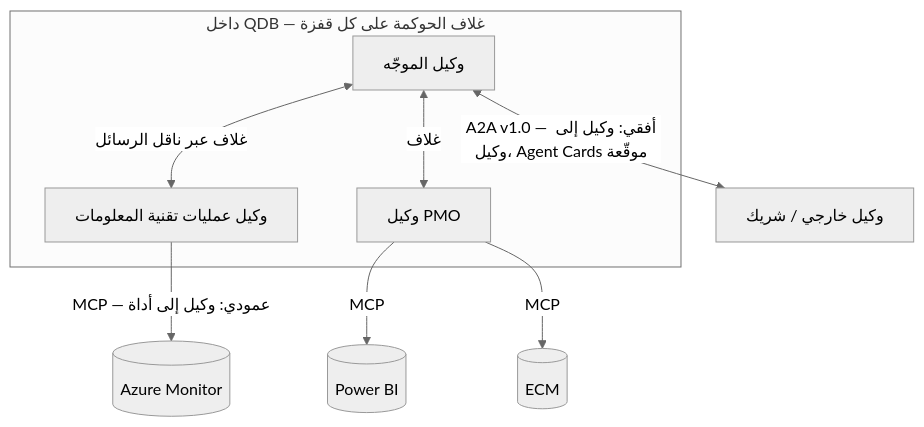
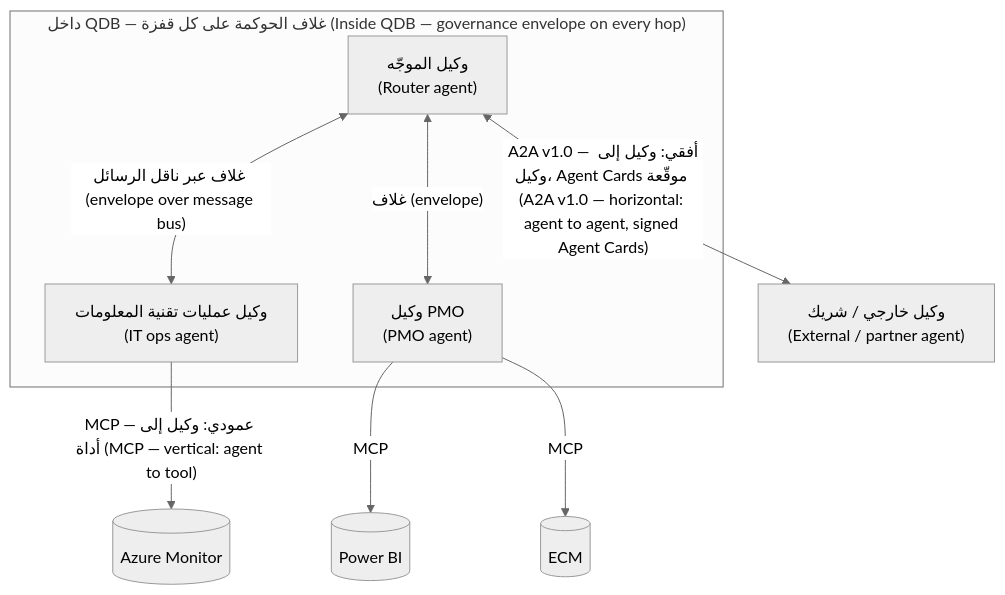
Before and after one commit to Tamoura/AI-agents: the fifth of 10 diagrams in qdb-agent-framework/docs/LEARNING-PATH.ar.md, drawn with Mermaid (neutral theme). The commit also changed other lines of this file and 3 other files, not shown here.

First line of the commit message:
Arabic docs: English on every diagram label; rebuild Arabic HTML

````diff
--- a/qdb-agent-framework/docs/LEARNING-PATH.ar.md
+++ b/qdb-agent-framework/docs/LEARNING-PATH.ar.md
@@ -373,11 +373,11 @@
 ```mermaid
 flowchart TB
-    subgraph QDB["داخل QDB — غلاف الحوكمة على كل قفزة"]
-        R["وكيل الموجّه"] <-->|"غلاف عبر ناقل الرسائل"| IT["وكيل عمليات تقنية المعلومات"]
-        R <-->|"غلاف"| PMO["وكيل PMO"]
+    subgraph QDB["داخل QDB — غلاف الحوكمة على كل قفزة (Inside QDB — governance envelope on every hop)"]
+        R["وكيل الموجّه<br/>(Router agent)"] <-->|"غلاف عبر ناقل الرسائل (envelope over message bus)"| IT["وكيل عمليات تقنية المعلومات<br/>(IT ops agent)"]
+        R <-->|"غلاف (envelope)"| PMO["وكيل PMO<br/>(PMO agent)"]
     end
-    IT -->|"MCP — عمودي: وكيل إلى أداة"| T1[("Azure Monitor")]
+    IT -->|"MCP — عمودي: وكيل إلى أداة (MCP — vertical: agent to tool)"| T1[("Azure Monitor")]
     PMO -->|"MCP"| T2[("Power BI")]
     PMO -->|"MCP"| T3[("ECM")]
-    R <-->|"A2A v1.0 — أفقي: وكيل إلى وكيل، Agent Cards موقّعة"| EXT["وكيل خارجي / شريك"]
+    R <-->|"A2A v1.0 — أفقي: وكيل إلى وكيل، Agent Cards موقّعة (A2A v1.0 — horizontal: agent to agent, signed Agent Cards)"| EXT["وكيل خارجي / شريك<br/>(External / partner agent)"]
 ```
````
